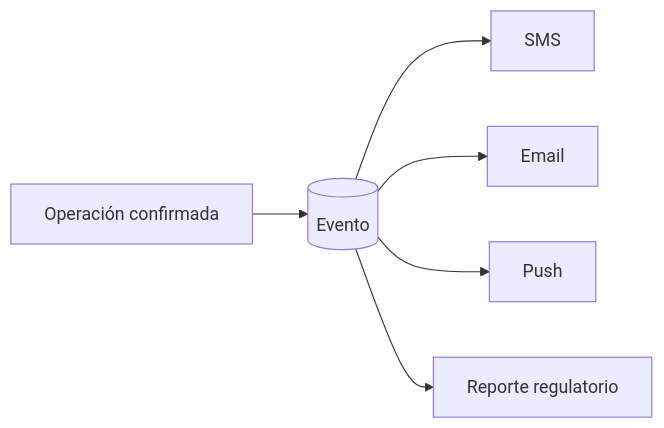
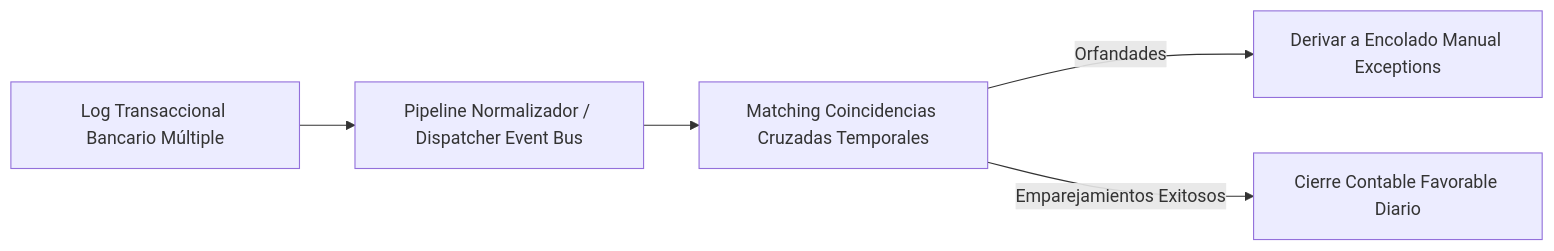
One commit to teamdroid-trainer/docs-docusaurus-trainer changed diagram 12 of 12 in docs/backend-java-quarkus/06-event-driven-mfa/event-bus-mfa.md. Above: the diagram before and after it, drawn with Mermaid. The commit also changed other lines of this file and 7 other files, not shown here.

Commit message:
docs: division de kafka en teoria e implementacion con mdx interactivos y diagramas mermaid, resolucion de bugs de docusaurus

````diff
--- a/docs/backend-java-quarkus/06-event-driven-mfa/event-bus-mfa.md
+++ b/docs/backend-java-quarkus/06-event-driven-mfa/event-bus-mfa.md
@@ -287,8 +366,7 @@
 ```mermaid
 flowchart LR
-    A[Operación confirmada] --> EB[(Evento)]
-    EB --> B[SMS]
-    EB --> C[Email]
-    EB --> D[Push]
-    EB --> E[Reporte regulatorio]
+    A[Log Transaccional Bancario Múltiple] --> B[Pipeline Normalizador / Dispatcher Event Bus]
+    B --> C[Matching Coincidencias Cruzadas Temporales]
+    C -->|Orfandades| D[Derivar a Encolado Manual Exceptions]
+    C -->|Emparejamientos Exitosos| E[Cierre Contable Favorable Diario]
 ```
````
